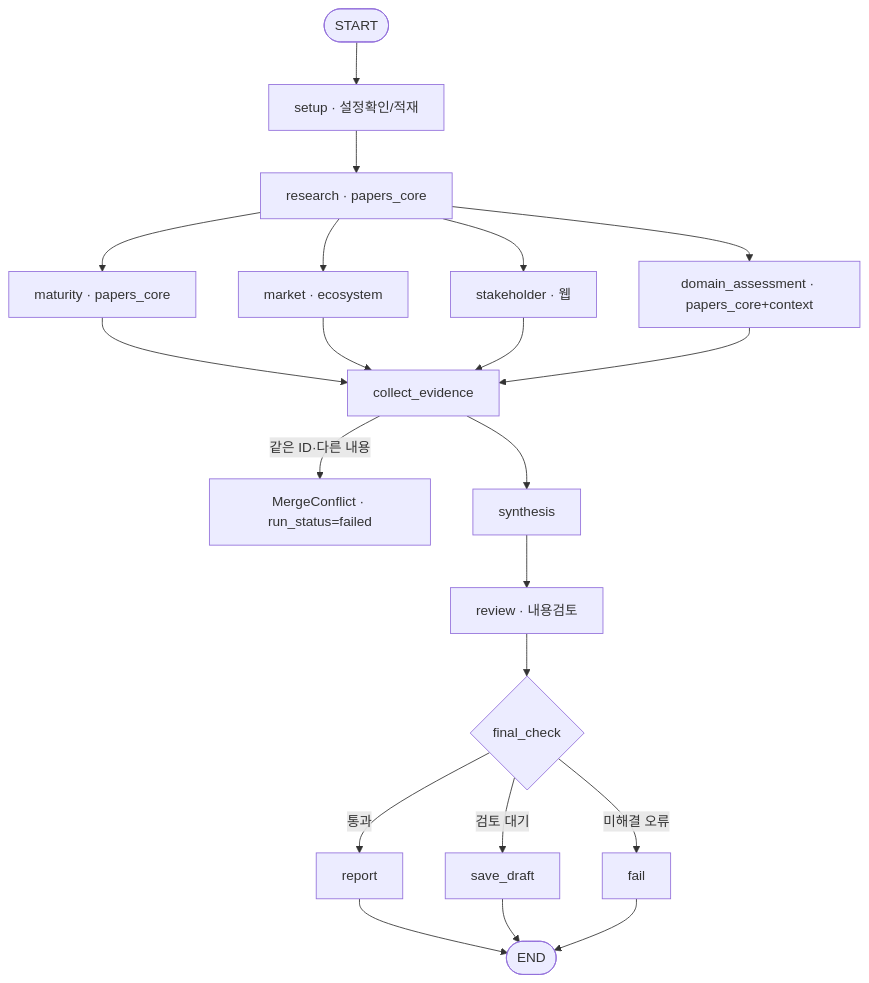
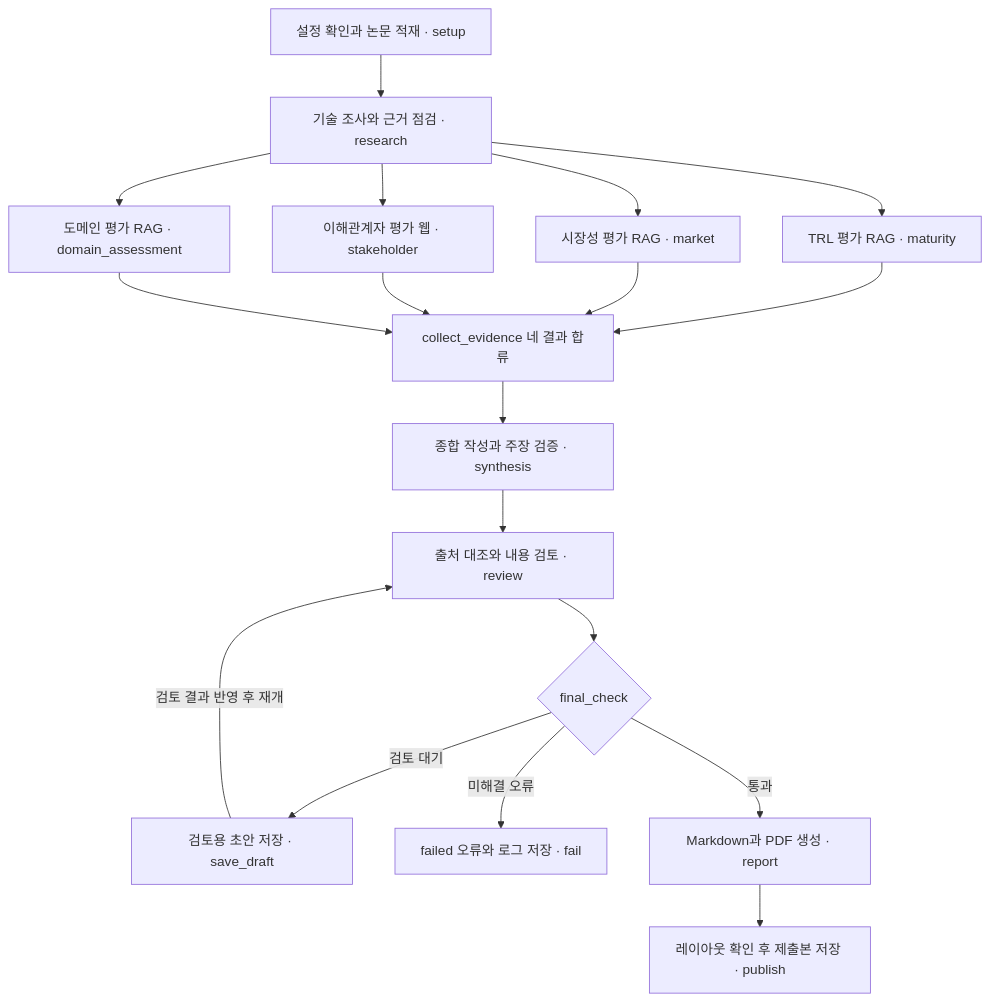
One commit to MK513/kv-cache-rag changed the diagram in README.md. Above: the diagram before and after it, drawn with Mermaid. The commit also changed other lines of this file and 26 other files, not shown here.

````diff
--- a/README.md
+++ b/README.md
@@ -53,20 +55,20 @@
 ```mermaid
 flowchart TD
-  S([START]) --> U[setup · 설정확인/적재]
-  U --> R[research · papers_core]
-  R --> T[maturity · papers_core]
-  R --> M[market · ecosystem]
-  R --> K[stakeholder · 웹]
-  R --> P[domain_assessment · papers_core+context]
-  T --> C[collect_evidence]
+  A[설정 확인과 논문 적재 · setup] --> B[기술 조사와 근거 점검 · research]
+  B --> T[TRL 평가 RAG · maturity]
+  B --> M[시장성 평가 RAG · market]
+  B --> S[이해관계자 평가 웹 · stakeholder]
+  B --> D[도메인 평가 RAG · domain_assessment]
+  T --> C[collect_evidence 네 결과 합류]
   M --> C
-  K --> C
-  P --> C
-  C -->|같은 ID·다른 내용| Z[MergeConflict · run_status=failed]
-  C --> Y[synthesis]
-  Y --> V[review · 내용검토]
-  V --> F{final_check}
-  F -->|통과| G[report] --> E([END])
-  F -->|검토 대기| D[save_draft] --> E
-  F -->|미해결 오류| X[fail] --> E
+  S --> C
+  D --> C
+  C --> F[종합 작성과 주장 검증 · synthesis]
+  F --> R[출처 대조와 내용 검토 · review]
+  R --> V{final_check}
+  V -->|검토 대기| W[검토용 초안 저장 · save_draft]
+  W -->|검토 결과 반영 후 재개| R
+  V -->|미해결 오류| X[failed 오류와 로그 저장 · fail]
+  V -->|통과| G[Markdown과 PDF 생성 · report]
+  G --> Z[레이아웃 확인 후 제출본 저장 · publish]
 ```
````
